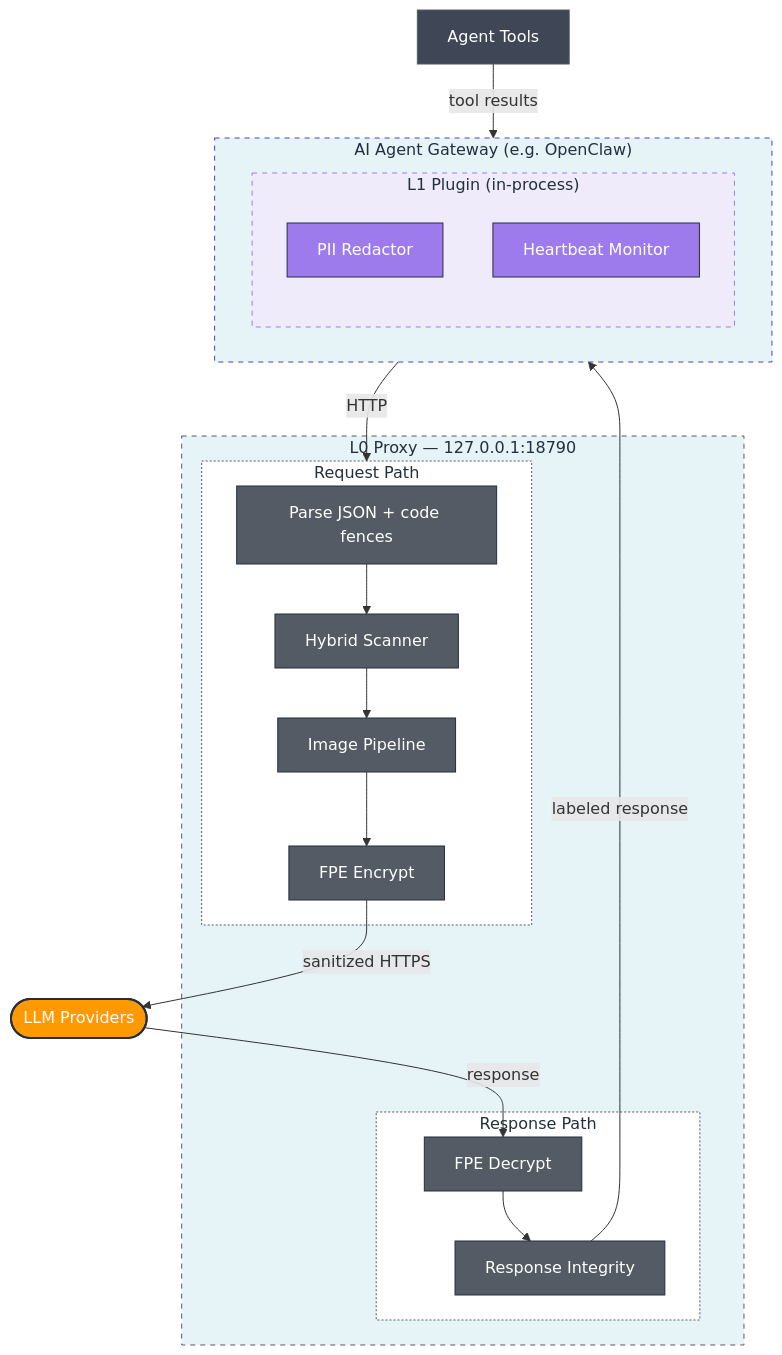
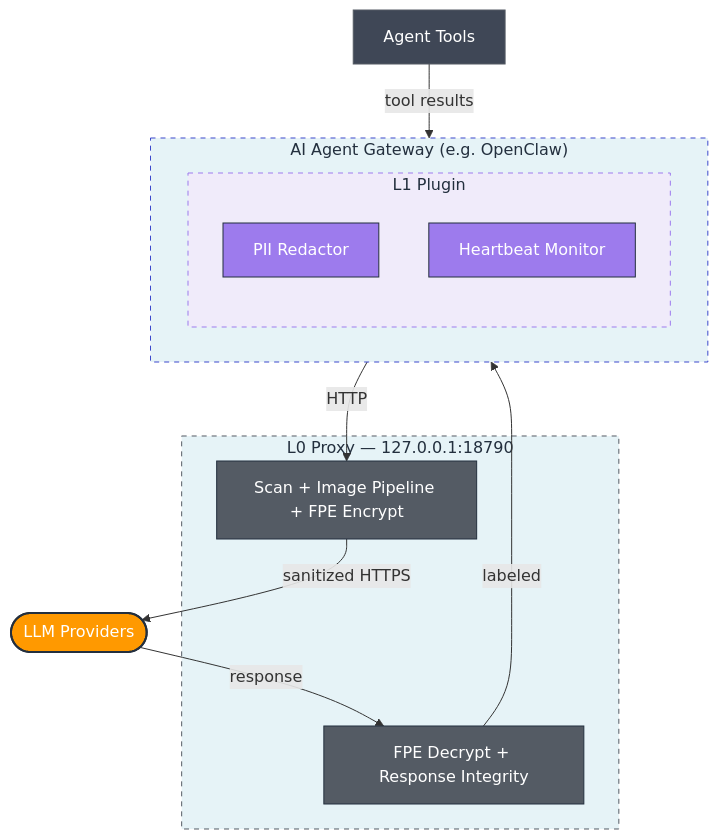
One commit to OpenObscure/OpenObscure changed the first of 6 diagrams in ARCHITECTURE.md. Above: the diagram before and after it, drawn with Mermaid. The commit also changed other lines of this file, not shown here.

Commit message:
Balance Gateway and Embedded mermaid diagrams for readability
Gateway: remove inner reqpath/respath sub-subgraphs (3-level nesting → 2),
collapse 4-node request chain into one summary node, collapse 2-node
response chain into one summary node. Result: 6 nodes, 2 nesting levels.

Embedded: replace 4 loose internal lib nodes with 2 summary nodes (enc/dec),
replace 4 bidirectional edge labels with 2 directional edges. Result: 5 nodes,
2 nesting levels.

Both diagrams now have equivalent visual weight and nesting depth.

````diff
--- a/ARCHITECTURE.md
+++ b/ARCHITECTURE.md
@@ -19,46 +19,34 @@
 ```mermaid
 flowchart TB
     tools["Agent Tools"]
 
     subgraph gateway ["AI Agent Gateway (e.g. OpenClaw)"]
-        subgraph l1box ["L1 Plugin (in-process)"]
+        subgraph l1box ["L1 Plugin"]
             redact["PII Redactor"]
             heartbeat["Heartbeat Monitor"]
         end
     end
 
     subgraph l0box ["L0 Proxy — 127.0.0.1:18790"]
-        subgraph reqpath ["Request Path"]
-            nested["Parse JSON + code fences"] --> hybrid["Hybrid Scanner"]
-            hybrid --> imgpipe["Image Pipeline"]
-            imgpipe --> ff1["FPE Encrypt"]
-        end
-        subgraph respath ["Response Path"]
-            decrypt["FPE Decrypt"] --> ri["Response Integrity"]
-        end
+        req["Scan + Image Pipeline + FPE Encrypt"]
+        resp["FPE Decrypt + Response Integrity"]
     end
 
     llm(["LLM Providers"])
 
     tools -- "tool results" --> gateway
-    gateway -- "HTTP" --> reqpath
-    ff1 -- "sanitized HTTPS" --> llm
-    llm -- "response" --> decrypt
-    ri -- "labeled response" --> gateway
+    gateway -- "HTTP" --> req
+    req -- "sanitized HTTPS" --> llm
+    llm -- "response" --> resp
+    resp -- "labeled" --> gateway
 
     style gateway fill:#e6f3f7,stroke:#3b48cc,stroke-dasharray: 5 5,color:#232F3E
     style l1box fill:#f0ebfa,stroke:#9D7BED,stroke-dasharray: 5 5,color:#232F3E
     style l0box fill:#e6f3f7,stroke:#545b64,stroke-dasharray: 5 5,color:#232F3E
-    style reqpath fill:#fff,stroke:#545b64,stroke-dasharray: 2 2,color:#232F3E
-    style respath fill:#fff,stroke:#545b64,stroke-dasharray: 2 2,color:#232F3E
     style llm fill:#ff9900,stroke:#232F3E,stroke-width:2px,color:#fff
     style tools fill:#3F4756,stroke:#545b64,color:#fff
     style redact fill:#9D7BED,stroke:#232F3E,color:#fff
     style heartbeat fill:#9D7BED,stroke:#232F3E,color:#fff
-    style nested fill:#545b64,stroke:#232F3E,color:#fff
-    style hybrid fill:#545b64,stroke:#232F3E,color:#fff
-    style imgpipe fill:#545b64,stroke:#232F3E,color:#fff
-    style ff1 fill:#545b64,stroke:#232F3E,color:#fff
-    style decrypt fill:#545b64,stroke:#232F3E,color:#fff
-    style ri fill:#545b64,stroke:#232F3E,color:#fff
+    style req fill:#545b64,stroke:#232F3E,color:#fff
+    style resp fill:#545b64,stroke:#232F3E,color:#fff
 ```
````
